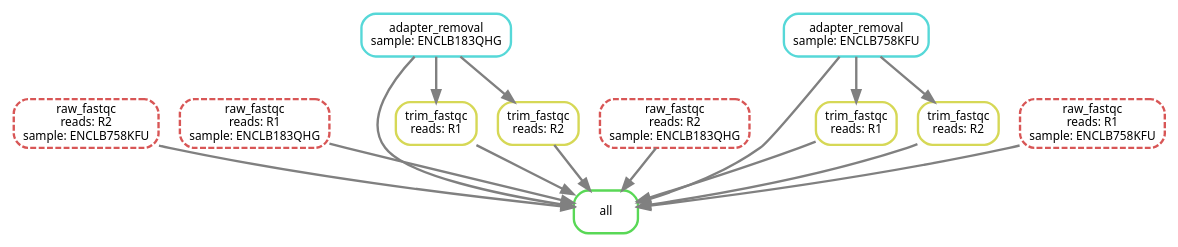
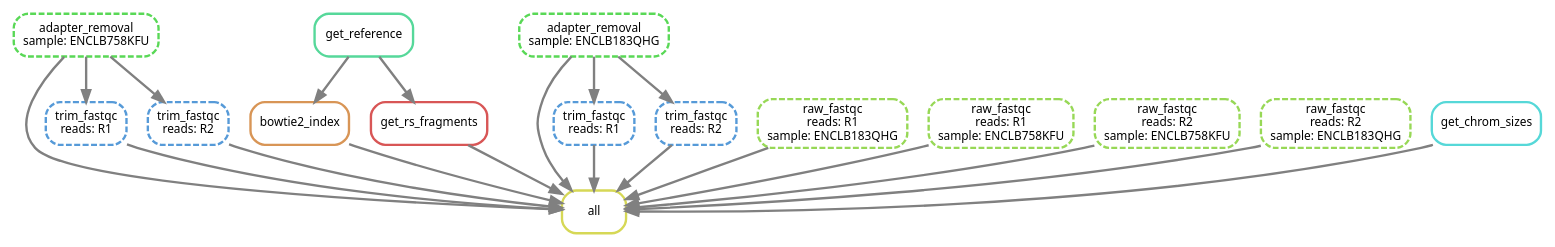
One commit to DRMCRL/ENCODE_T47D_HiC_ENCSR549MGQ changed the diagram in output/dag.dot. Above: the diagram before and after it, drawn with Graphviz. The commit also changed 6 other files, not shown here.

```diff
--- a/output/dag.dot
+++ b/output/dag.dot
@@ -1,30 +1,39 @@
 digraph snakemake_dag {
     graph[bgcolor=white, margin=0];
     node[shape=box, style=rounded, fontname=sans,                 fontsize=10, penwidth=2];
     edge[penwidth=2, color=grey];
-	0[label = "all", color = "0.33 0.6 0.85", style="rounded"];
-	1[label = "raw_fastqc\nreads: R2\nsample: ENCLB758KFU", color = "0.00 0.6 0.85", style="rounded,dashed"];
-	2[label = "raw_fastqc\nreads: R1\nsample: ENCLB183QHG", color = "0.00 0.6 0.85", style="rounded,dashed"];
-	3[label = "trim_fastqc\nreads: R1", color = "0.17 0.6 0.85", style="rounded"];
-	4[label = "raw_fastqc\nreads: R2\nsample: ENCLB183QHG", color = "0.00 0.6 0.85", style="rounded,dashed"];
-	5[label = "adapter_removal\nsample: ENCLB183QHG", color = "0.50 0.6 0.85", style="rounded"];
-	6[label = "adapter_removal\nsample: ENCLB758KFU", color = "0.50 0.6 0.85", style="rounded"];
-	7[label = "trim_fastqc\nreads: R2", color = "0.17 0.6 0.85", style="rounded"];
-	8[label = "trim_fastqc\nreads: R1", color = "0.17 0.6 0.85", style="rounded"];
-	9[label = "raw_fastqc\nreads: R1\nsample: ENCLB758KFU", color = "0.00 0.6 0.85", style="rounded,dashed"];
-	10[label = "trim_fastqc\nreads: R2", color = "0.17 0.6 0.85", style="rounded"];
+	0[label = "all", color = "0.17 0.6 0.85", style="rounded"];
+	1[label = "trim_fastqc\nreads: R1", color = "0.58 0.6 0.85", style="rounded,dashed"];
+	2[label = "bowtie2_index", color = "0.08 0.6 0.85", style="rounded"];
+	3[label = "get_rs_fragments", color = "0.00 0.6 0.85", style="rounded"];
+	4[label = "trim_fastqc\nreads: R1", color = "0.58 0.6 0.85", style="rounded,dashed"];
+	5[label = "trim_fastqc\nreads: R2", color = "0.58 0.6 0.85", style="rounded,dashed"];
+	6[label = "raw_fastqc\nreads: R1\nsample: ENCLB183QHG", color = "0.25 0.6 0.85", style="rounded,dashed"];
+	7[label = "raw_fastqc\nreads: R1\nsample: ENCLB758KFU", color = "0.25 0.6 0.85", style="rounded,dashed"];
+	8[label = "adapter_removal\nsample: ENCLB758KFU", color = "0.33 0.6 0.85", style="rounded,dashed"];
+	9[label = "adapter_removal\nsample: ENCLB183QHG", color = "0.33 0.6 0.85", style="rounded,dashed"];
+	10[label = "raw_fastqc\nreads: R2\nsample: ENCLB758KFU", color = "0.25 0.6 0.85", style="rounded,dashed"];
+	11[label = "raw_fastqc\nreads: R2\nsample: ENCLB183QHG", color = "0.25 0.6 0.85", style="rounded,dashed"];
+	12[label = "get_chrom_sizes", color = "0.50 0.6 0.85", style="rounded"];
+	13[label = "trim_fastqc\nreads: R2", color = "0.58 0.6 0.85", style="rounded,dashed"];
+	14[label = "get_reference", color = "0.42 0.6 0.85", style="rounded"];
 	1 -> 0
 	2 -> 0
 	3 -> 0
 	4 -> 0
 	5 -> 0
 	6 -> 0
 	7 -> 0
 	8 -> 0
 	9 -> 0
 	10 -> 0
-	5 -> 3
-	5 -> 7
-	6 -> 8
-	6 -> 10
+	11 -> 0
+	12 -> 0
+	13 -> 0
+	8 -> 1
+	14 -> 2
+	14 -> 3
+	9 -> 4
+	8 -> 5
+	9 -> 13
 }            
```
